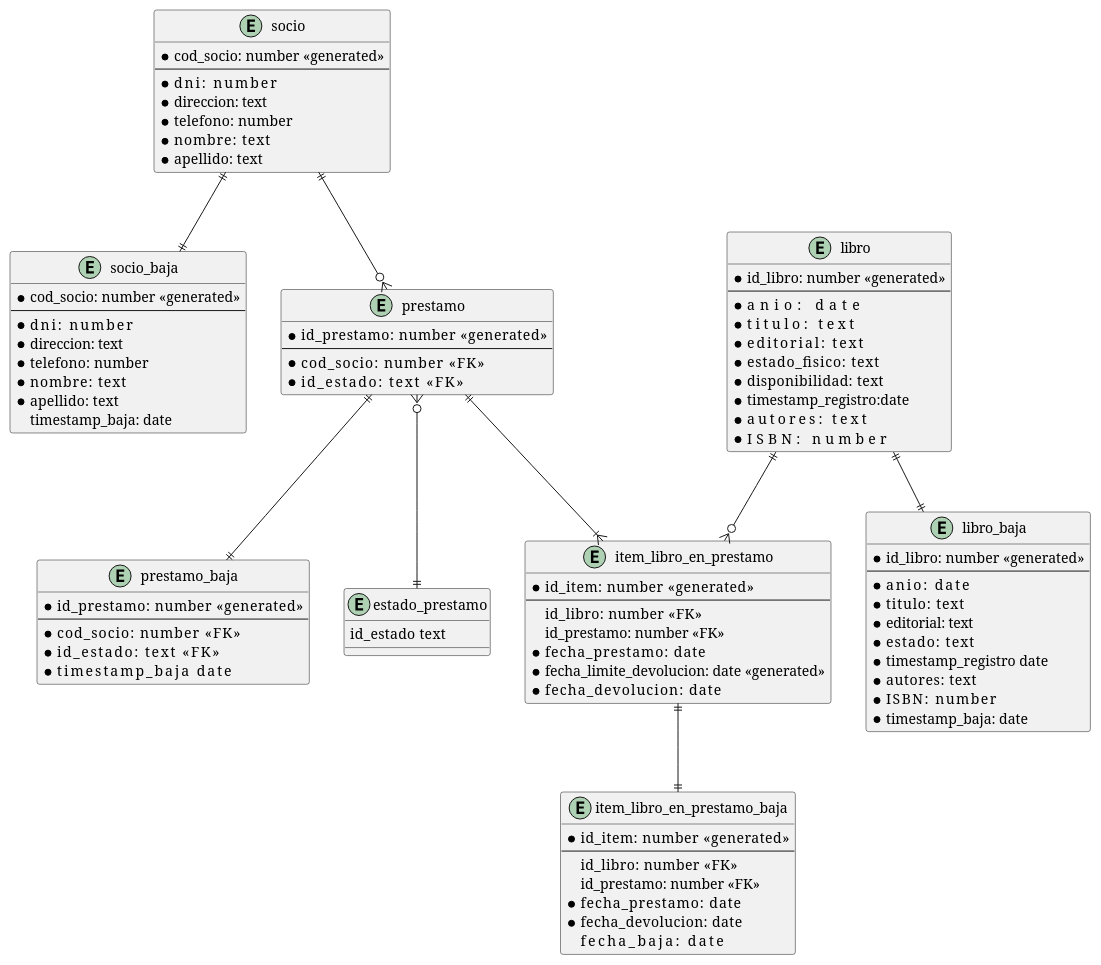
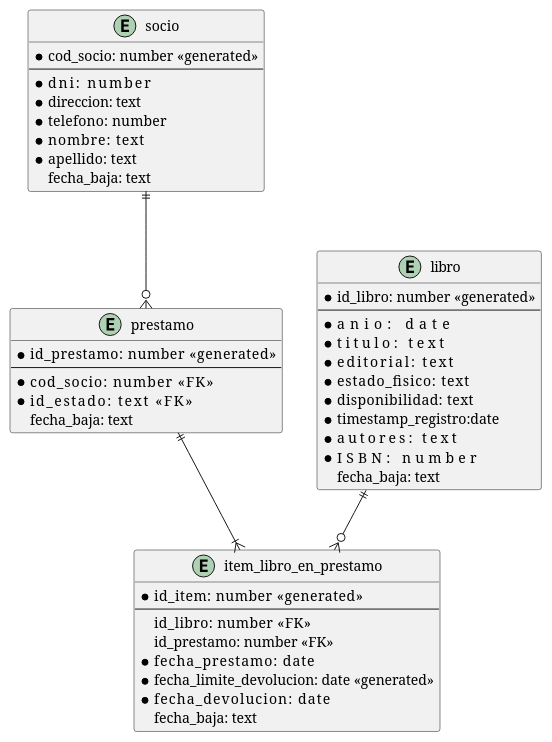
The diagram in 1-Biblioteca/biblioteca.pu (DiegoGit35/BaseDeDatos), drawn with PlantUML before and after one commit. The commit also changed 2 other files, not shown here.

Commit message:
rediseño schema de la BD

```diff
--- a/1-Biblioteca/biblioteca.pu
+++ b/1-Biblioteca/biblioteca.pu
@@ -1,97 +1,50 @@
 @startuml
   entity socio{
     *cod_socio: number «generated»
     --
     *dni:       number
     *direccion: text
     *telefono:  number
     *nombre:    text
     *apellido:  text
-  }
-
-  entity socio_baja{
-    *cod_socio: number «generated»
-    --
-    *dni:       number
-    *direccion: text
-    *telefono:  number
-    *nombre:    text
-    *apellido:  text
-    timestamp_baja: date
+    fecha_baja: text
   }
 
   entity libro{
     *id_libro:  number «generated»
     --
     *anio:              date
     *titulo:            text
     *editorial:         text
     *estado_fisico:     text
     *disponibilidad:    text
     *timestamp_registro:date
     *autores:           text
     *ISBN:              number
-  }
-
-  entity libro_baja{
-    *id_libro:  number «generated»
-    --
-    *anio:      date
-    *titulo:    text
-    *editorial: text
-    *estado:    text
-    *timestamp_registro date
-    *autores:   text
-    *ISBN:      number
-    *timestamp_baja: date
+    fecha_baja: text
   }
 
   entity item_libro_en_prestamo {
     *id_item:    number  «generated»
     --
     id_libro:    number  «FK»
     id_prestamo: number  «FK»
     *fecha_prestamo:      date
     *fecha_limite_devolucion: date «generated»
     *fecha_devolucion:        date
-  }
-
-  entity item_libro_en_prestamo_baja {
-    *id_item:    number  «generated»
-    --
-    id_libro:    number  «FK»
-    id_prestamo: number  «FK»
-    *fecha_prestamo:      date
-    *fecha_devolucion:    date
-    fecha_baja:           date
+    fecha_baja: text
   }
 
   entity prestamo{
     *id_prestamo:     number  «generated»
     --
     *cod_socio:       number  «FK»
     *id_estado: text          «FK»
-  }
-
-  entity prestamo_baja{
-    *id_prestamo:     number  «generated»
-    --
-    *cod_socio:       number  «FK»
-    *id_estado: text          «FK»
-    *timestamp_baja           date
-  }
-
-  entity estado_prestamo{
-    id_estado  text
+    fecha_baja: text
   }
 
 libro     ||--o{    item_libro_en_prestamo
 prestamo  ||--|{    item_libro_en_prestamo
 socio     ||--o{    prestamo
-prestamo  }o--||    estado_prestamo
 
-libro     ||--||    libro_baja
-prestamo  ||--||    prestamo_baja
-socio     ||--||    socio_baja
-item_libro_en_prestamo  ||--||    item_libro_en_prestamo_baja
 @enduml
```
